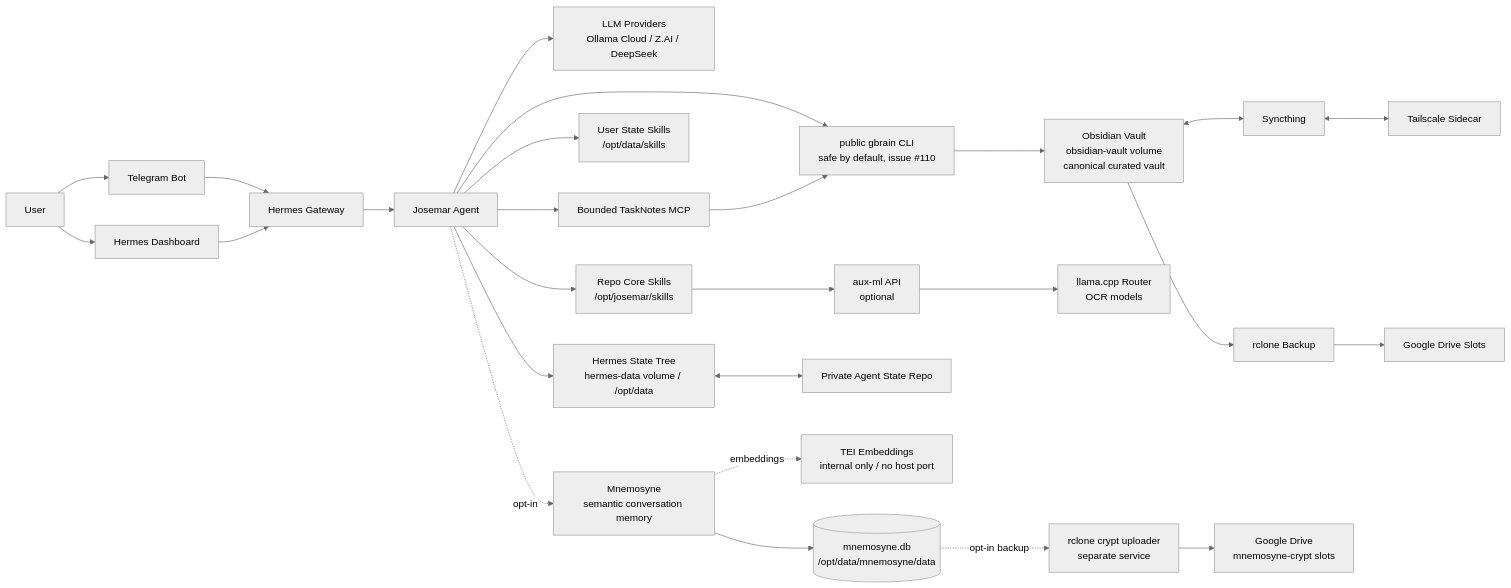
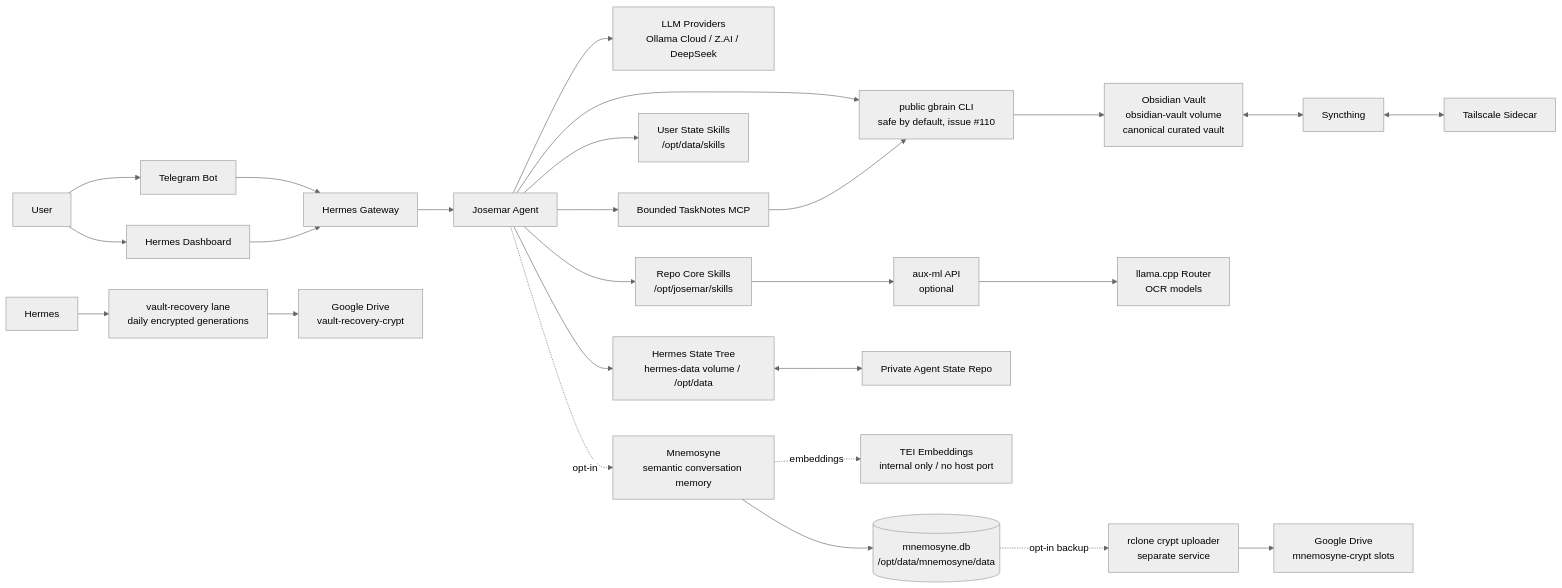
One commit to Pedrohgv/josemar-assistente changed the first of 5 diagrams in README.md. Above: the diagram before and after it, drawn with Mermaid (neutral theme). The commit also changed other lines of this file and 42 other files, not shown here.

Commit message:
feat(vault-recovery): add encrypted off-disk recovery

````diff
--- a/README.md
+++ b/README.md
@@ -31,34 +31,34 @@
 ```mermaid
 flowchart LR
   User[User] --> Telegram[Telegram Bot]
   User --> Dashboard[Hermes Dashboard]
 
   Telegram --> Gateway[Hermes Gateway]
   Dashboard --> Gateway
 
   Gateway --> Agent[Josemar Agent]
   Agent --> Models[LLM Providers<br/>Ollama Cloud / Z.AI / DeepSeek]
   Agent --> CoreSkills[Repo Core Skills<br/>/opt/josemar/skills]
   Agent --> StateSkills[User State Skills<br/>/opt/data/skills]
   Agent --> GBrain[public gbrain CLI<br/>safe by default, issue #110]
   Agent --> TaskNotes[Bounded TaskNotes MCP]
   TaskNotes --> GBrain
   GBrain --> Vault[Obsidian Vault<br/>obsidian-vault volume<br/>canonical curated vault]
 
   CoreSkills --> AuxML[aux-ml API<br/>optional]
   AuxML --> Llama[llama.cpp Router<br/>OCR models]
 
   Agent --> StateTree[Hermes State Tree<br/>hermes-data volume / /opt/data]
   StateTree <--> StateRepo[Private Agent State Repo]
   Vault <--> Syncthing[Syncthing]
   Syncthing <--> Tailscale[Tailscale Sidecar]
-  Vault --> Backup[rclone Backup]
-  Backup --> GDrive[Google Drive Slots]
+  Hermes --> VaultRecovery[vault-recovery lane<br/>daily encrypted generations]
+  VaultRecovery --> GDrive[Google Drive<br/>vault-recovery-crypt]
 
   %% Opt-in Mnemosyne layer (separate from the curated vault)
   Agent -. opt-in .-> Mnemosyne[Mnemosyne<br/>semantic conversation memory]
   Mnemosyne -. embeddings .-> TEI[TEI Embeddings<br/>internal only / no host port]
   Mnemosyne --> MnemoStore[(mnemosyne.db<br/>/opt/data/mnemosyne/data)]
   MnemoStore -. opt-in backup .-> MnemoBackup[rclone crypt uploader<br/>separate service]
   MnemoBackup --> MnemoGDrive[Google Drive<br/>mnemosyne-crypt slots]
 ```
````
